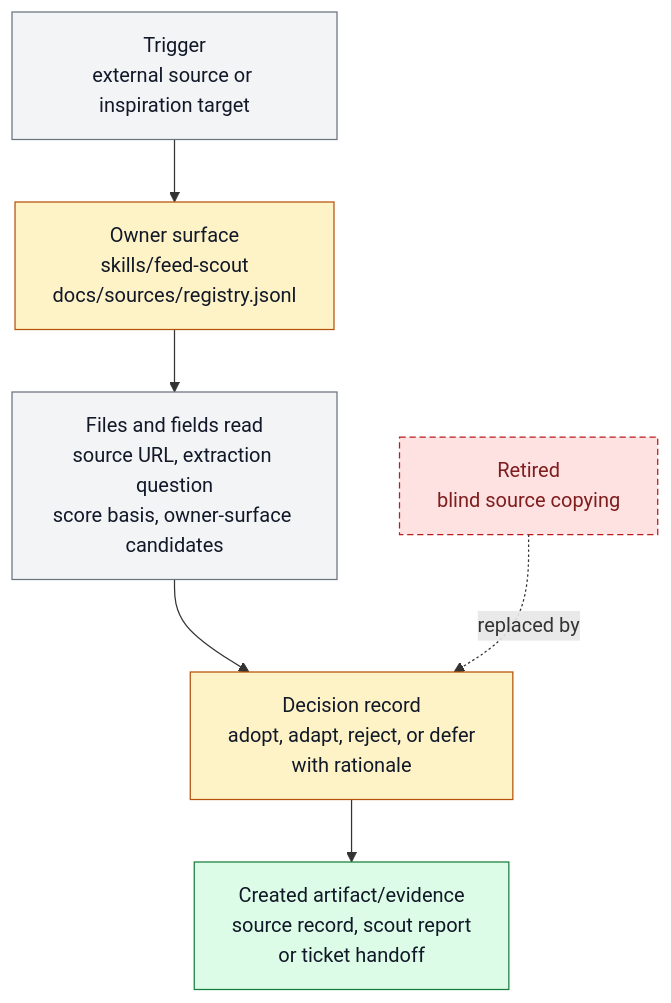
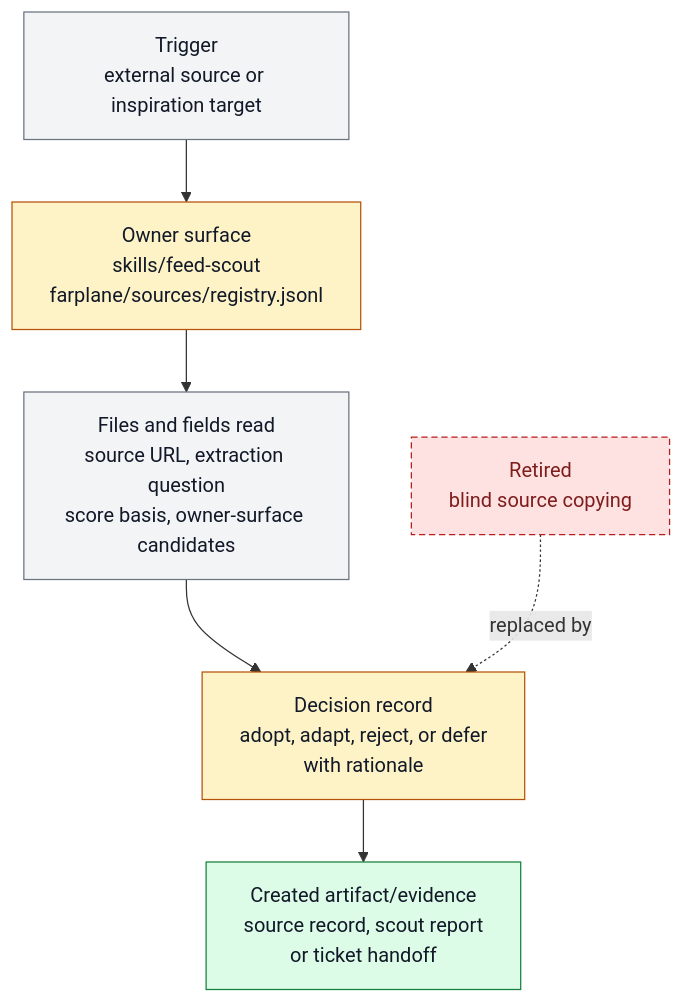
Before and after one commit to ZanarkandTechnologies/Farplane: the diagram in docs/features/FEAT-0011-harness-scout-source-ingestion.md, drawn with Mermaid. The commit also changed other lines of this file and 105 other files, not shown here.

````diff
--- a/docs/features/FEAT-0011-harness-scout-source-ingestion.md
+++ b/docs/features/FEAT-0011-harness-scout-source-ingestion.md
@@ -93,17 +93,17 @@
 ```mermaid
 flowchart TD
   classDef keep fill:#f3f4f6,stroke:#6b7280,color:#111827
   classDef changed fill:#fef3c7,stroke:#b45309,color:#111827
   classDef added fill:#dcfce7,stroke:#15803d,color:#111827
   classDef retired fill:#fee2e2,stroke:#b91c1c,color:#7f1d1d,stroke-dasharray: 5 3
 
   trigger["Trigger<br/>external source or inspiration target"]:::keep
-  owner["Owner surface<br/>skills/feed-scout<br/>docs/sources/registry.jsonl"]:::changed
+  owner["Owner surface<br/>skills/feed-scout<br/>farplane/sources/registry.jsonl"]:::changed
   readers["Files and fields read<br/>source URL, extraction question<br/>score basis, owner-surface candidates"]:::keep
   decision["Decision record<br/>adopt, adapt, reject, or defer<br/>with rationale"]:::changed
   artifact["Created artifact/evidence<br/>source record, scout report<br/>or ticket handoff"]:::added
   old["Retired<br/>blind source copying"]:::retired
 
   trigger --> owner --> readers --> decision --> artifact
   old -. replaced by .-> decision
 ```
````
